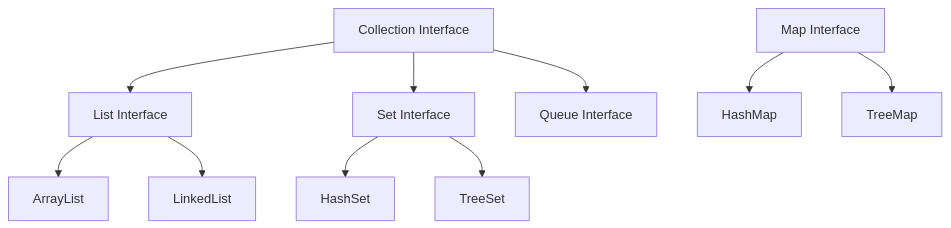
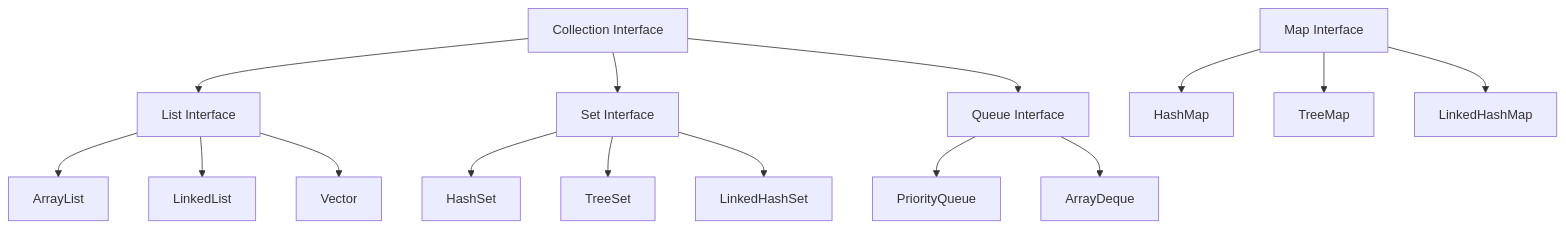
Before and after one commit to wahidyankf/oss: the third of 3 diagrams in apps-standalone/ayokoding-web/content/en/learn/crash-courses/swe/lang/java/basics.md, drawn with Mermaid. The commit also changed other lines of this file and 40 other files, not shown here.

````diff
--- a/apps-standalone/ayokoding-web/content/en/learn/crash-courses/swe/lang/java/basics.md
+++ b/apps-standalone/ayokoding-web/content/en/learn/crash-courses/swe/lang/java/basics.md
@@ -459,13 +514,22 @@
 ```mermaid
 graph TD
     A[Collection Interface] --> B[List Interface]
     A --> C[Set Interface]
     A --> D[Queue Interface]
     E[Map Interface]
+
     B --> F[ArrayList]
     B --> G[LinkedList]
-    C --> H[HashSet]
-    C --> I[TreeSet]
-    E --> J[HashMap]
-    E --> K[TreeMap]
+    B --> H[Vector]
+
+    C --> I[HashSet]
+    C --> J[TreeSet]
+    C --> K[LinkedHashSet]
+
+    D --> L[PriorityQueue]
+    D --> M[ArrayDeque]
+
+    E --> N[HashMap]
+    E --> O[TreeMap]
+    E --> P[LinkedHashMap]
 ```
````
